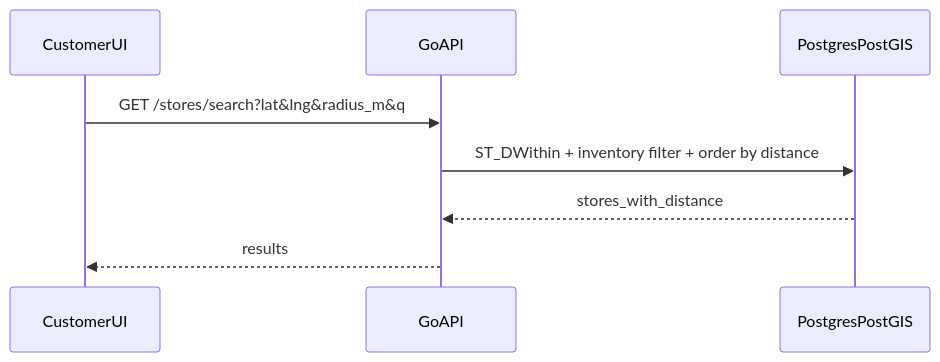
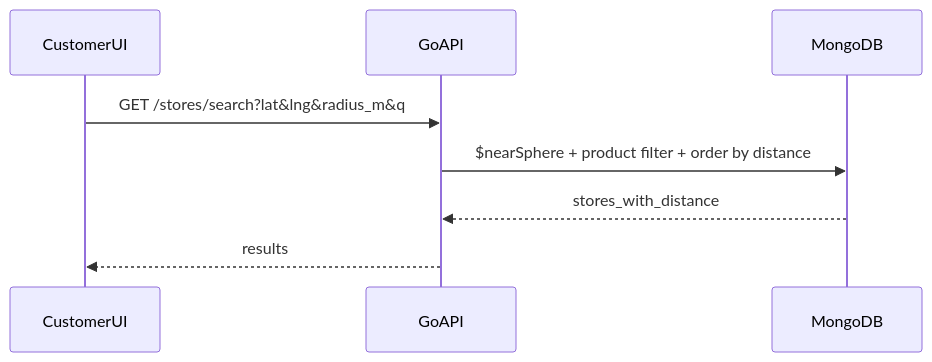
The third of 3 diagrams in docs/ARCHITECTURE.md (JaZtin21/tindahan), drawn with Mermaid before and after one commit. The commit also changed other lines of this file and 27 other files, not shown here.

````diff
--- a/docs/ARCHITECTURE.md
+++ b/docs/ARCHITECTURE.md
@@ -81,10 +85,10 @@
 ```mermaid
 sequenceDiagram
   participant C as CustomerUI
   participant API as GoAPI
-  participant DB as PostgresPostGIS
+  participant DB as MongoDB
   C->>API: GET /stores/search?lat&lng&radius_m&q
-  API->>DB: ST_DWithin + inventory filter + order by distance
+  API->>DB: $nearSphere + product filter + order by distance
   DB-->>API: stores_with_distance
   API-->>C: results
 ```
````
